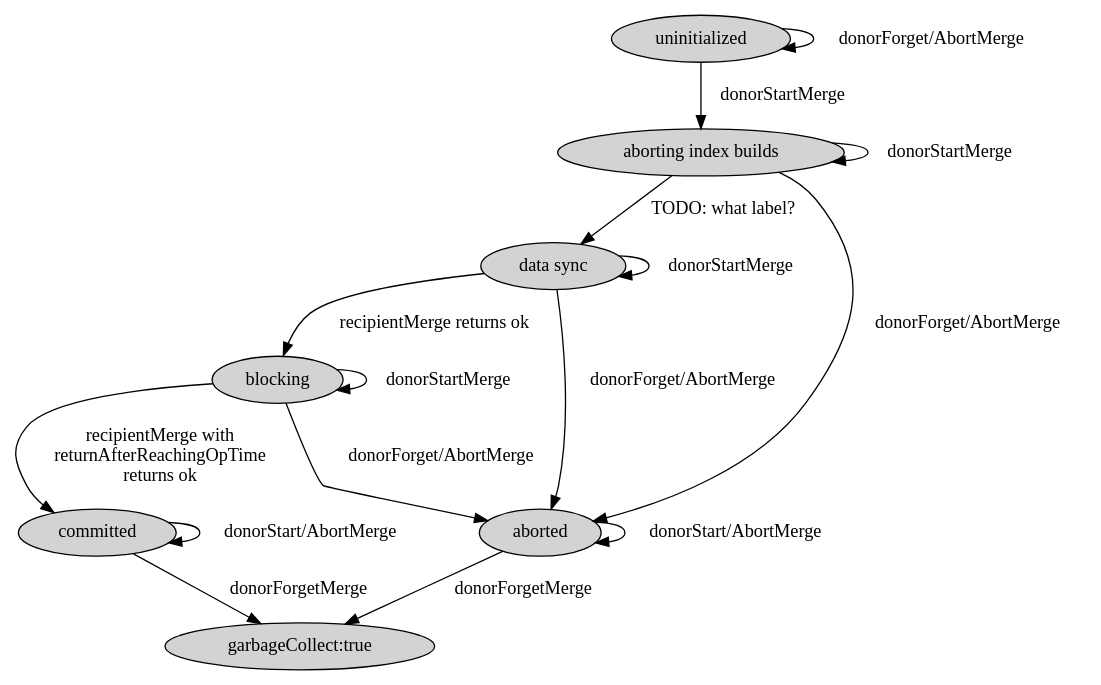
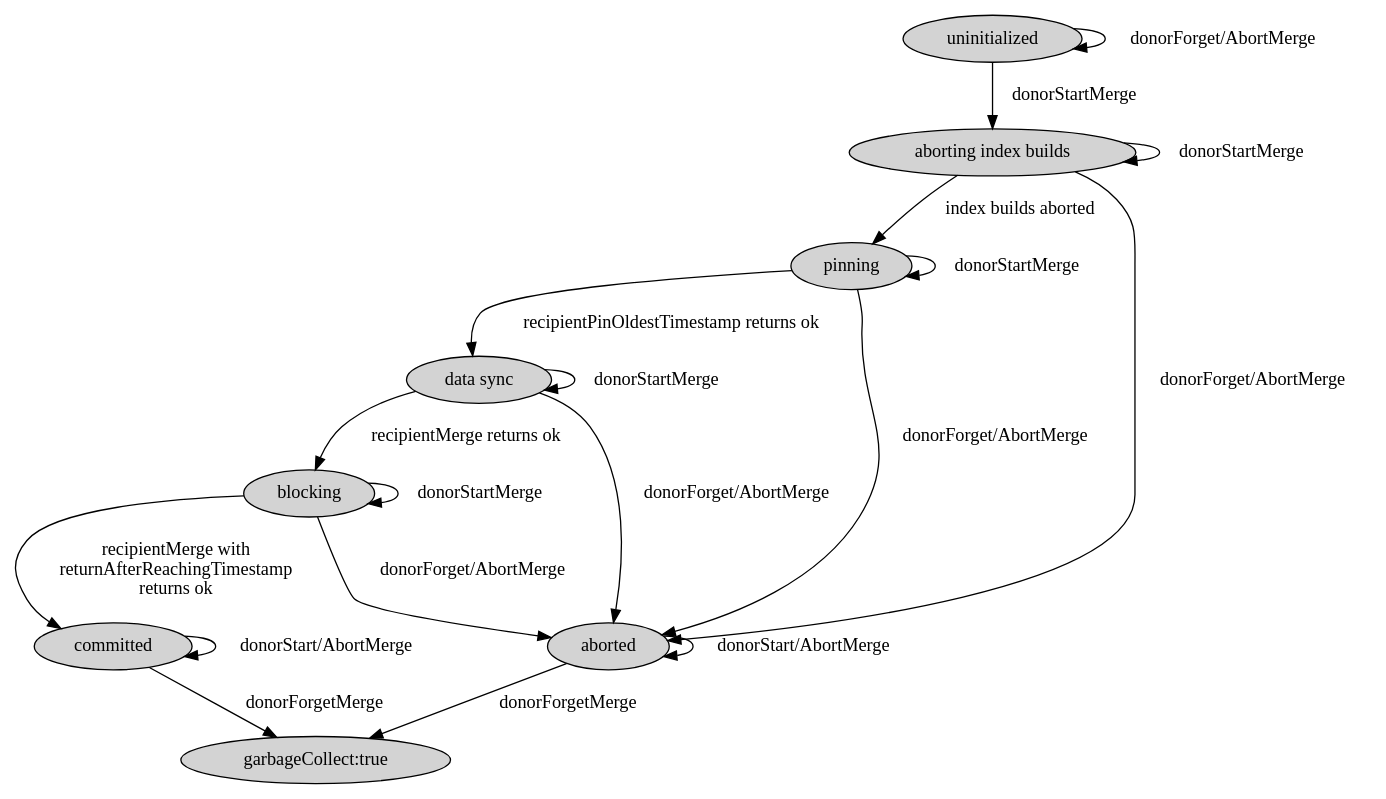
The diagram in merge-donor.dot (ajdavis/begin-implementing-merge), drawn with Graphviz before and after one commit.

Commit message:
details about D pinning and index-aborting

```diff
--- a/merge-donor.dot
+++ b/merge-donor.dot
@@ -1,25 +1,29 @@
 digraph G {
 	node [style=filled];
     a0 [label="uninitialized"];
     a1 [label="aborting index builds"];
+    a7 [label="pinning"];
     a2 [label="data sync"];
     a3 [label="blocking"];
     a4 [label="committed"];
     a5 [label="aborted"];
     a6 [label="garbageCollect:true"];
     a0 -> a0 [label="donorForget/AbortMerge"]
     a0 -> a1 [label="donorStartMerge"];
     a1 -> a1 [label="donorStartMerge"];
     a1 -> a5 [label="donorForget/AbortMerge"]
-    a1 -> a2 [label="TODO: what label?"];
+    a1 -> a7 [label="index builds aborted"];
+    a7 -> a7 [label="donorStartMerge"];
+    a7 -> a2 [label="recipientPinOldestTimestamp returns ok"];
+    a7 -> a5 [label="donorForget/AbortMerge"]
     a2 -> a2 [label="donorStartMerge"];
     a2 -> a5 [label="donorForget/AbortMerge"]
     a2 -> a3 [label="recipientMerge returns ok"];
     a3 -> a3 [label="donorStartMerge"];
     a3 -> a5 [label="donorForget/AbortMerge"];
-    a3 -> a4 [label="recipientMerge with\nreturnAfterReachingOpTime\nreturns ok"];
+    a3 -> a4 [label="recipientMerge with\nreturnAfterReachingTimestamp\nreturns ok"];
     a4 -> a4 [label="donorStart/AbortMerge"];
     a4 -> a6 [label="donorForgetMerge"];
     a5 -> a5 [label="donorStart/AbortMerge"];
     a5 -> a6 [label="donorForgetMerge"];
 }
```
